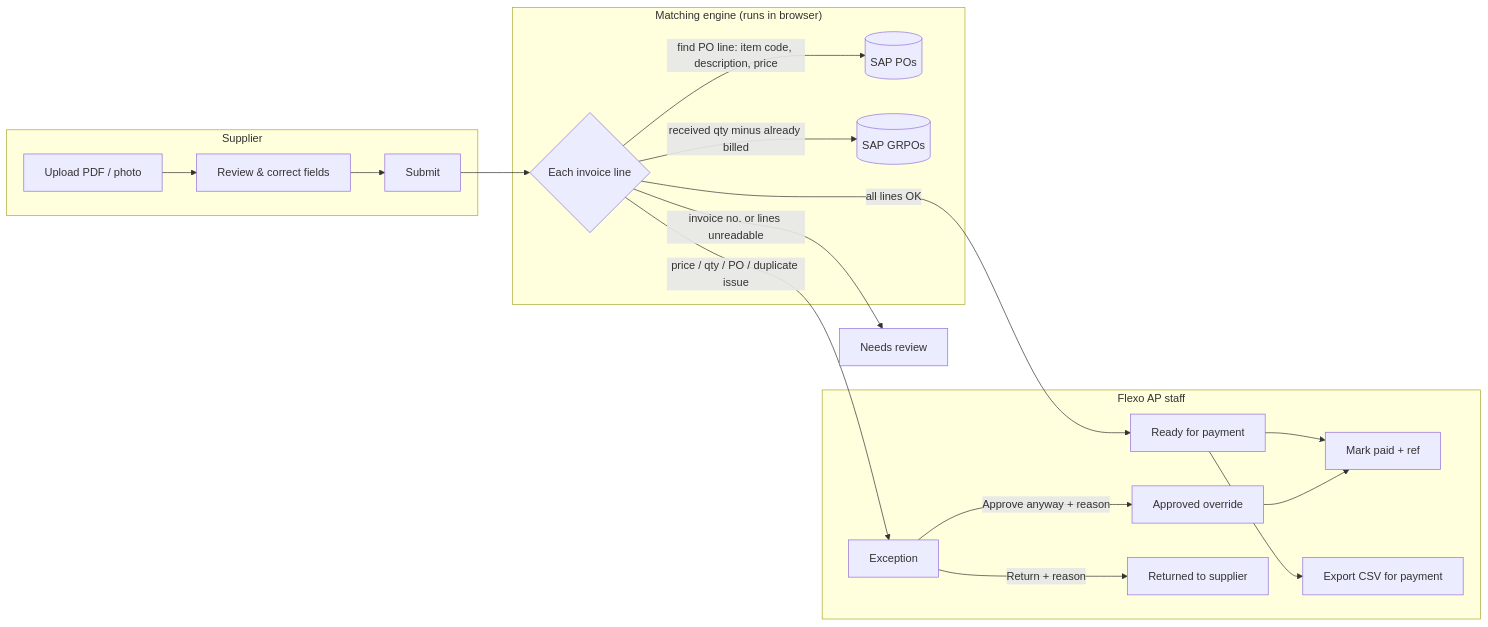
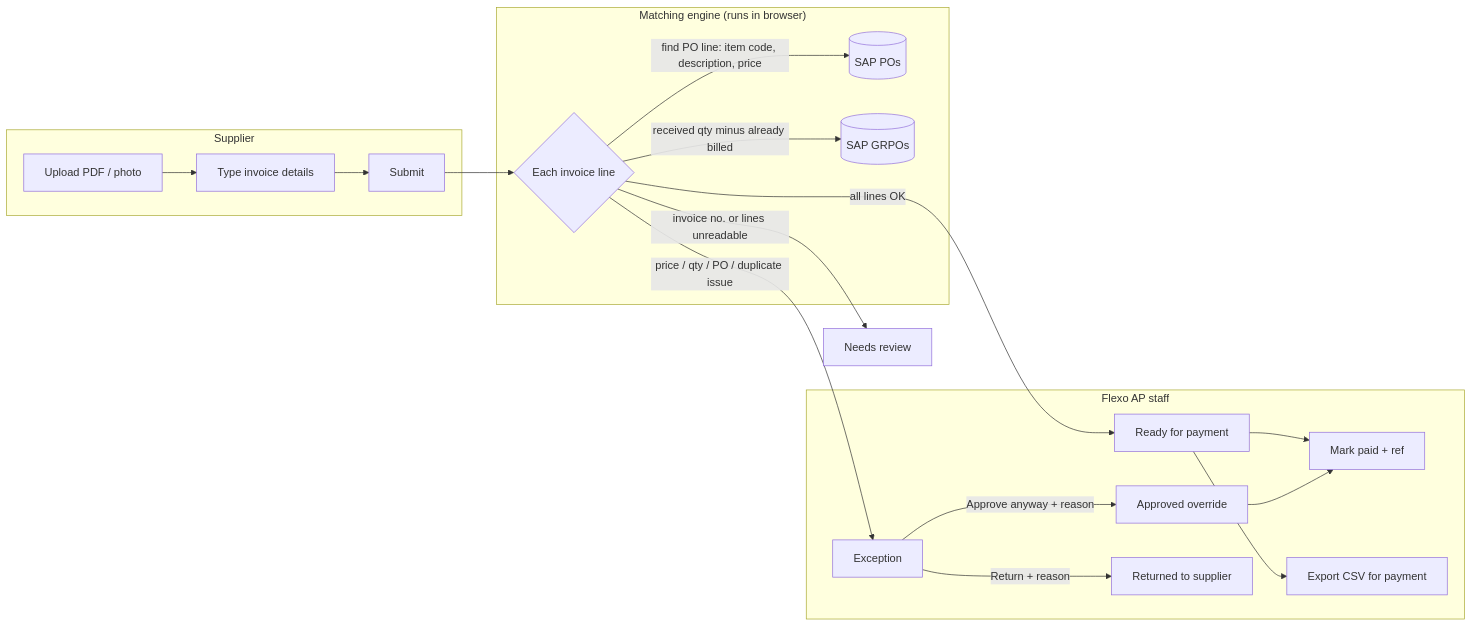
The diagram in README.md (fmcai70/FlexoSupplier), drawn with Mermaid before and after one commit. The commit also changed other lines of this file and 5 other files, not shown here.

````diff
--- a/README.md
+++ b/README.md
@@ -25,21 +24,21 @@
 ```mermaid
 flowchart LR
   subgraph Supplier
-    U[Upload PDF / photo] --> R[Review & correct fields] --> S[Submit]
+    U[Upload PDF / photo] --> R[Type invoice details] --> S[Submit]
   end
   subgraph Matching["Matching engine (runs in browser)"]
     S --> M{Each invoice line}
     M -->|find PO line: item code, description, price| PO[(SAP POs)]
     M -->|received qty minus already billed| GR[(SAP GRPOs)]
   end
   M -->|all lines OK| READY[Ready for payment]
   M -->|price / qty / PO / duplicate issue| EXC[Exception]
   M -->|invoice no. or lines unreadable| REV[Needs review]
   subgraph Staff["Flexo AP staff"]
     EXC -->|Approve anyway + reason| APP[Approved override]
     EXC -->|Return + reason| RET[Returned to supplier]
     READY --> PAID[Mark paid + ref]
     APP --> PAID
     READY --> CSV[Export CSV for payment]
   end
 ```
````
